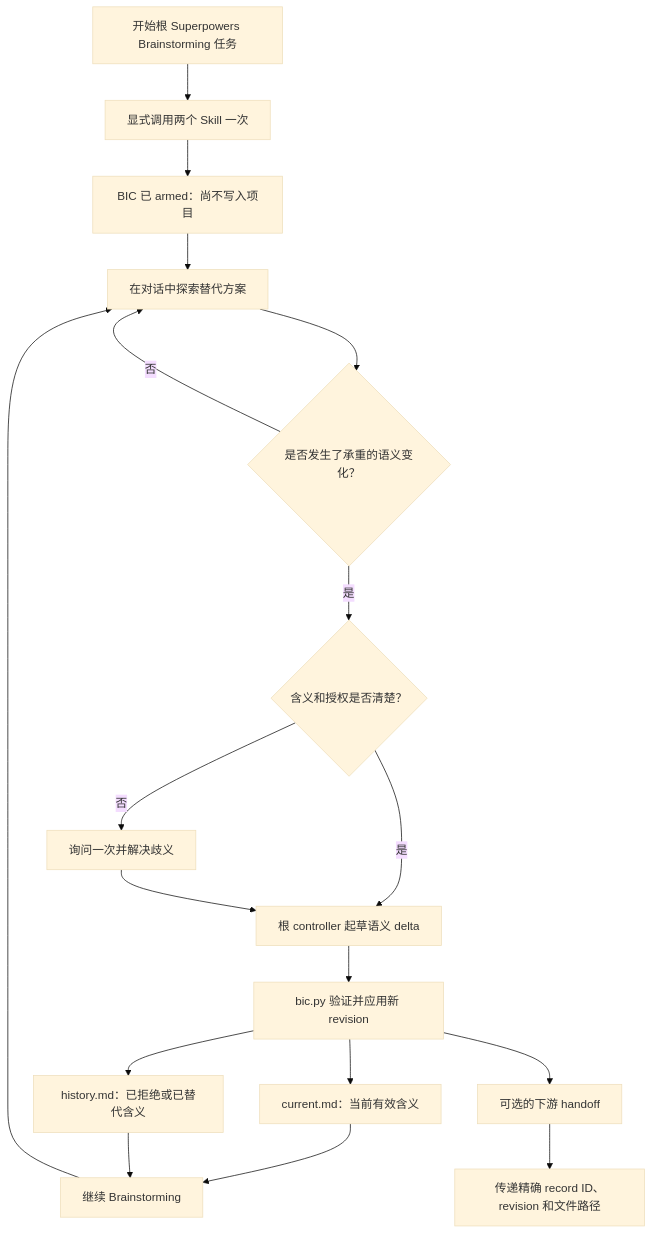
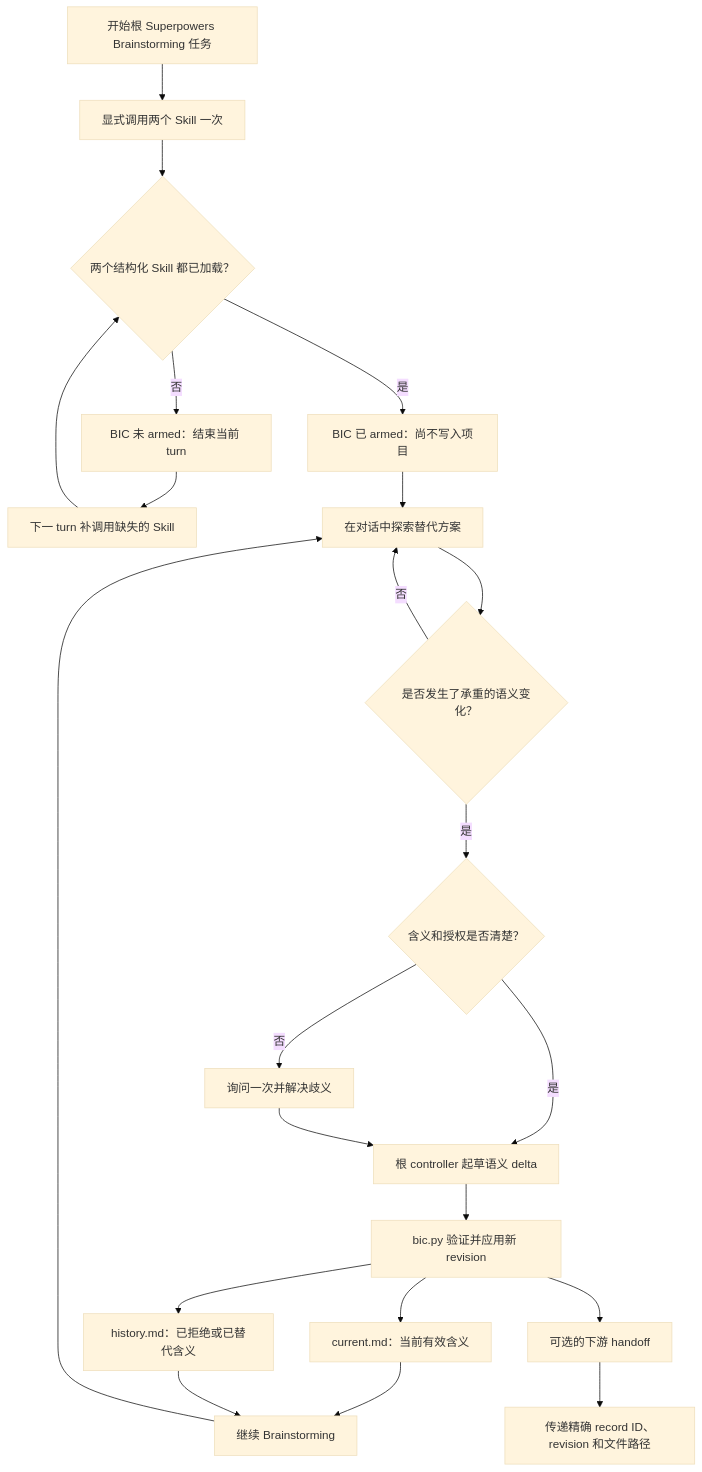
Before and after one commit to GentleJinqi/Brainstorming-Intent-Continuity: the first of 3 diagrams in README.zh-CN.md, drawn with Mermaid (base theme). The commit also changed other lines of this file and 5 other files, not shown here.

````diff
--- a/README.zh-CN.md
+++ b/README.zh-CN.md
@@ -118,20 +128,24 @@
 ```mermaid
 flowchart TD
     A["开始根 Superpowers Brainstorming 任务"] --> B["显式调用两个 Skill 一次"]
-    B --> C["BIC 已 armed：尚不写入项目"]
-    C --> D["在对话中探索替代方案"]
-    D --> E{"是否发生了承重的语义变化？"}
-    E -->|"否"| D
+    B --> C{"两个结构化 Skill 都已加载？"}
+    C -->|"否"| C0["BIC 未 armed：结束当前 turn"]
+    C0 --> C1["下一 turn 补调用缺失的 Skill"]
+    C1 --> C
+    C -->|"是"| D["BIC 已 armed：尚不写入项目"]
+    D --> E0["在对话中探索替代方案"]
+    E0 --> E{"是否发生了承重的语义变化？"}
+    E -->|"否"| E0
     E -->|"是"| F{"含义和授权是否清楚？"}
     F -->|"否"| G["询问一次并解决歧义"]
     F -->|"是"| H["根 controller 起草语义 delta"]
     G --> H
     H --> I["bic.py 验证并应用新 revision"]
     I --> J["current.md：当前有效含义"]
     I --> K["history.md：已拒绝或已替代含义"]
     J --> L["继续 Brainstorming"]
     K --> L
-    L --> D
+    L --> E0
     I --> M["可选的下游 handoff"]
     M --> N["传递精确 record ID、revision 和文件路径"]
 ```
````
